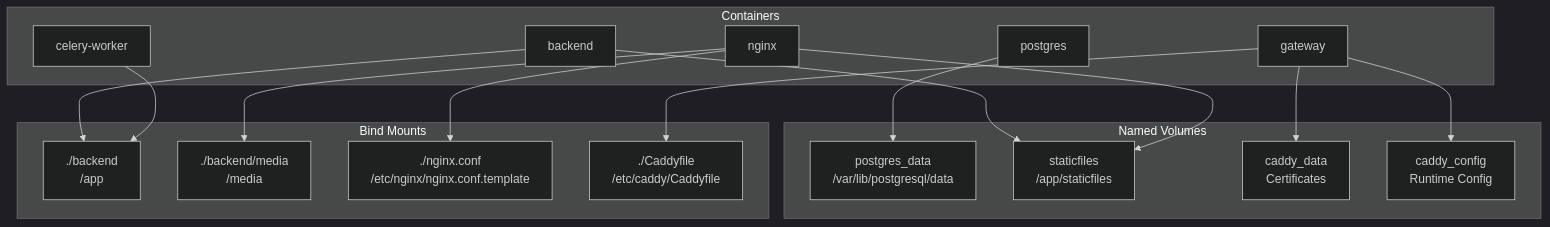
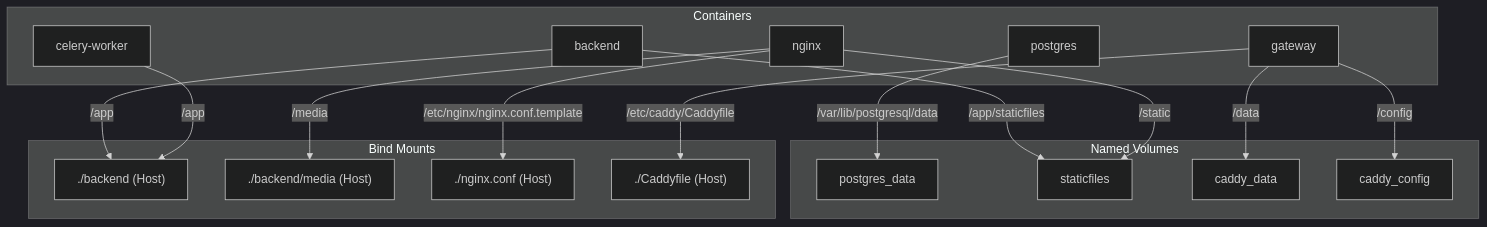
Before and after one commit to yukiharada1228/videoq: the fourth of 7 diagrams in docs/design/deployment-diagram.md, drawn with Mermaid (dark theme). The commit also changed other lines of this file, not shown here.

Commit message:
docs: correct celery-worker dependencies and named volume mount paths in deployment diagram

````diff
--- a/docs/design/deployment-diagram.md
+++ b/docs/design/deployment-diagram.md
@@ -157,35 +158,35 @@
 ```mermaid
 graph TB
     subgraph NamedVolumes["Named Volumes"]
-        V1[postgres_data<br/>/var/lib/postgresql/data]
-        V2[staticfiles<br/>/app/staticfiles]
-        V2b[caddy_data<br/>Certificates]
-        V2c[caddy_config<br/>Runtime Config]
+        V1[postgres_data]
+        V2[staticfiles]
+        V2b[caddy_data]
+        V2c[caddy_config]
     end
     
     subgraph BindMounts["Bind Mounts"]
-        V3[./backend<br/>/app]
-        V4[./backend/media<br/>/media]
-        V5[./nginx.conf<br/>/etc/nginx/nginx.conf.template]
-        V6[./Caddyfile<br/>/etc/caddy/Caddyfile]
+        V3["./backend (Host)"]
+        V4["./backend/media (Host)"]
+        V5["./nginx.conf (Host)"]
+        V6["./Caddyfile (Host)"]
     end
     
     subgraph Containers["Containers"]
         C1[postgres]
         C2[backend]
         C3[celery-worker]
         C4[nginx]
         C5[gateway]
     end
     
-    C1 --> V1
-    C2 --> V2
-    C2 --> V3
-    C3 --> V3
-    C4 --> V2
-    C4 --> V4
-    C4 --> V5
-    C5 --> V2b
-    C5 --> V2c
-    C5 --> V6
+    C1 -->|/var/lib/postgresql/data| V1
+    C2 -->|/app/staticfiles| V2
+    C2 -->|/app| V3
+    C3 -->|/app| V3
+    C4 -->|/static| V2
+    C4 -->|/media| V4
+    C4 -->|/etc/nginx/nginx.conf.template| V5
+    C5 -->|/data| V2b
+    C5 -->|/config| V2c
+    C5 -->|/etc/caddy/Caddyfile| V6
 ```
````
